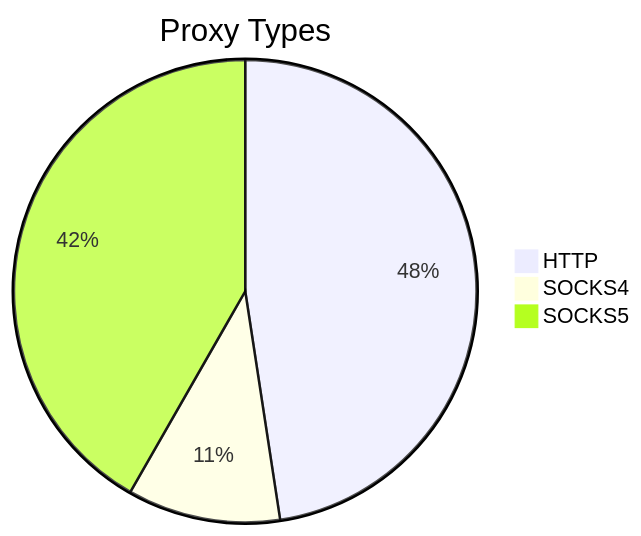
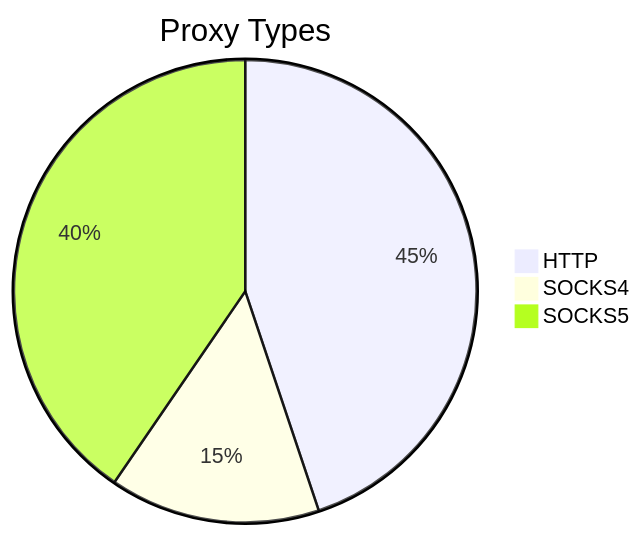
The first of 2 diagrams in README.md (stormsia/proxy-list), drawn with Mermaid before and after one commit. The commit also changed other lines of this file, not shown here.

````diff
--- a/README.md
+++ b/README.md
@@ -21,6 +21,6 @@
 ```mermaid
 pie title Proxy Types
-    "HTTP" : 138
-    "SOCKS4" : 31
-    "SOCKS5" : 121
+    "HTTP" : 122
+    "SOCKS4" : 40
+    "SOCKS5" : 110
 ```
````
